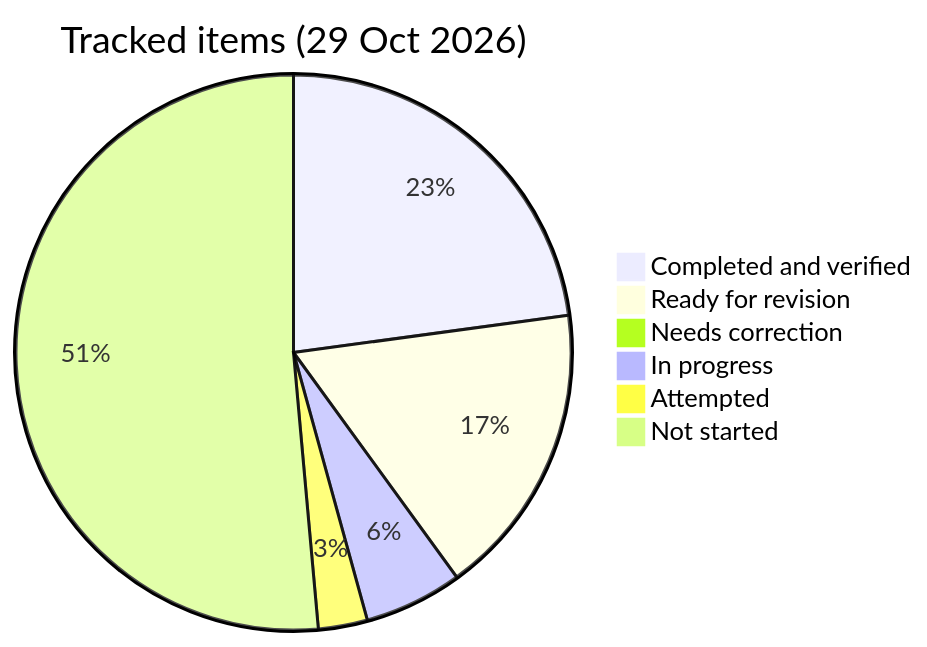
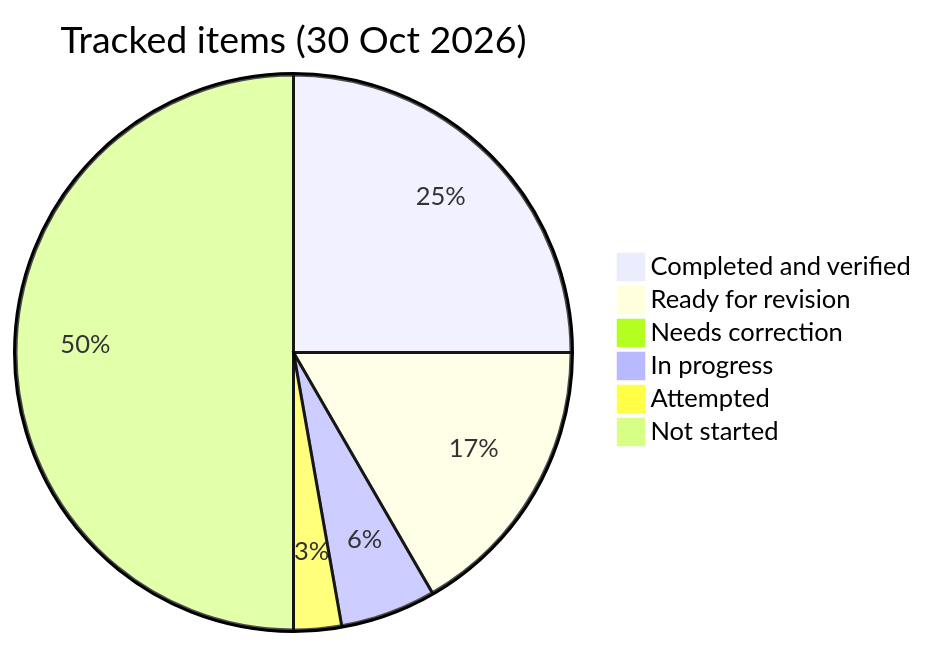
The diagram in PROGRESS.md (PrashantSury/java-switch-journey), drawn with Mermaid before and after one commit. The commit also changed other lines of this file and 4 other files, not shown here.

````diff
--- a/PROGRESS.md
+++ b/PROGRESS.md
@@ -136,9 +137,9 @@
 ```mermaid
-pie title Tracked items (29 Oct 2026)
-  "Completed and verified" : 8
+pie title Tracked items (30 Oct 2026)
+  "Completed and verified" : 9
   "Ready for revision" : 6
   "Needs correction" : 0
   "In progress" : 2
   "Attempted" : 1
   "Not started" : 18
 ```
````
